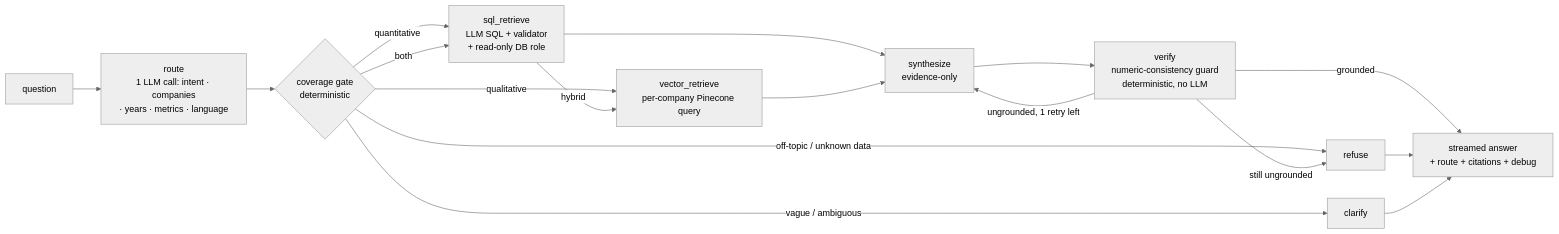
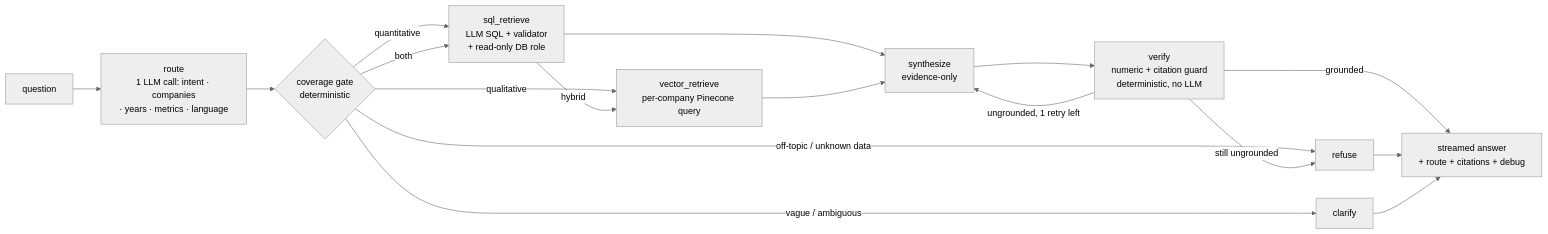
The diagram in README.md (ougrid/smc-ai-eng), drawn with Mermaid (neutral theme) before and after one commit. The commit also changed other lines of this file, not shown here.

First line of the commit message:
docs: mention citation resolution check in README

````diff
--- a/README.md
+++ b/README.md
@@ -21,19 +21,19 @@
 ```mermaid
 flowchart LR
     Q[question] --> R[route<br/>1 LLM call: intent · companies<br/>· years · metrics · language]
     R --> G{coverage gate<br/>deterministic}
     G -->|off-topic / unknown data| REF[refuse]
     G -->|vague / ambiguous| CL[clarify]
     G -->|quantitative| SQLT[sql_retrieve<br/>LLM SQL + validator<br/>+ read-only DB role]
     G -->|qualitative| VEC[vector_retrieve<br/>per-company Pinecone query]
     G -->|both| SQLT
     SQLT -->|hybrid| VEC
     SQLT --> S[synthesize<br/>evidence-only]
     VEC --> S
-    S --> V[verify<br/>numeric-consistency guard<br/>deterministic, no LLM]
+    S --> V[verify<br/>numeric + citation guard<br/>deterministic, no LLM]
     V -->|grounded| A[streamed answer<br/>+ route + citations + debug]
     V -->|ungrounded, 1 retry left| S
     V -->|still ungrounded| REF
     REF --> A
     CL --> A
 ```
````
